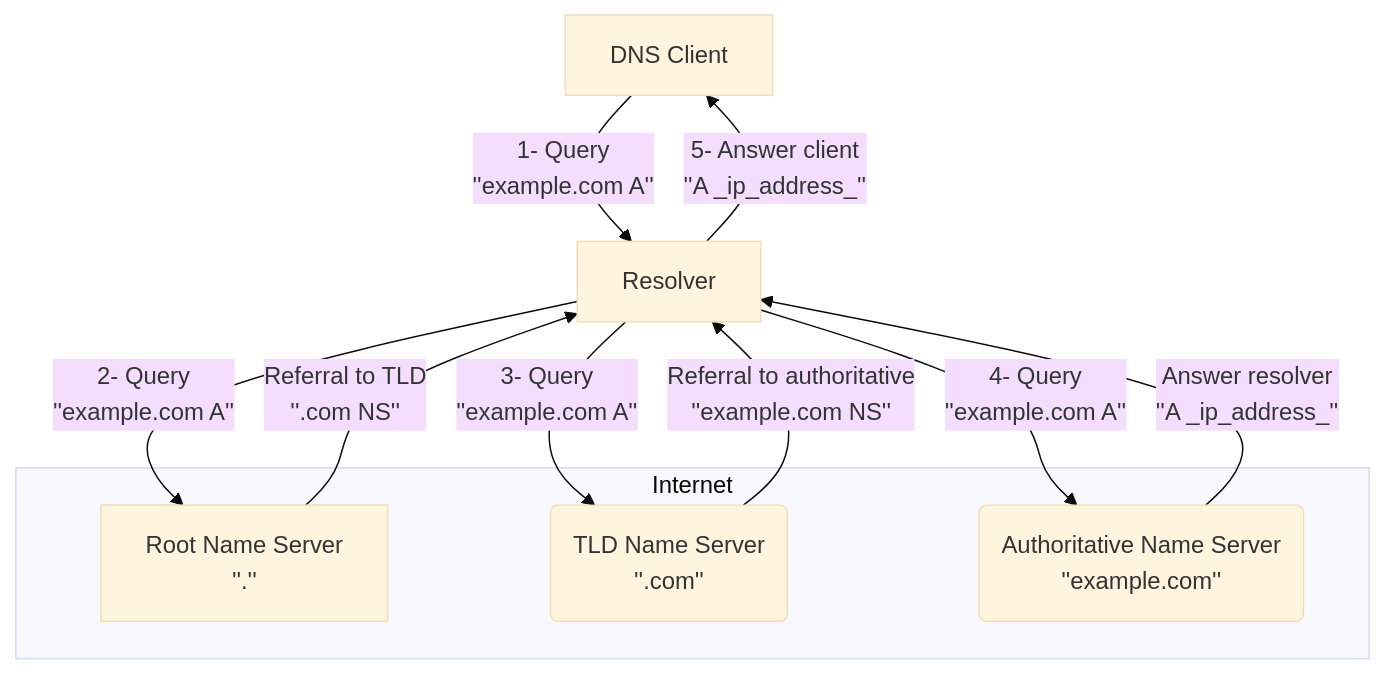
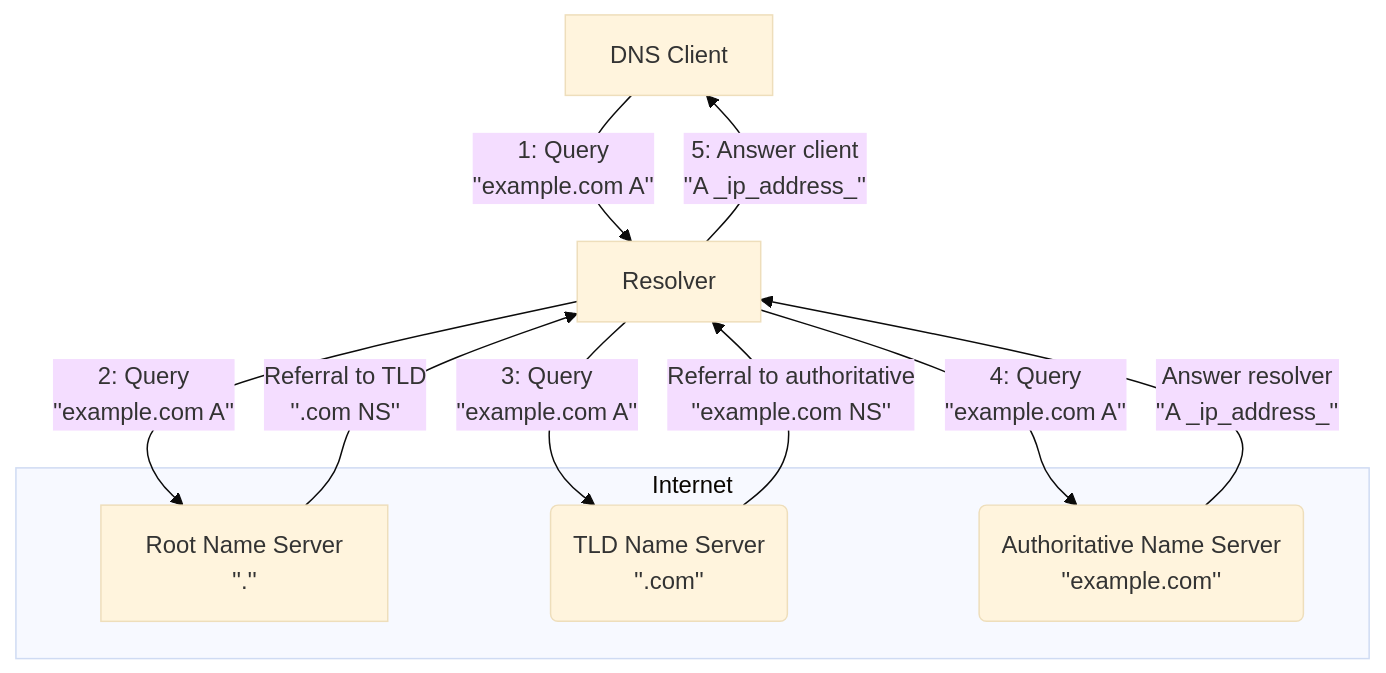
The second of 2 diagrams in report.md (luigiminardim/UnB-FinalProject-DnsOverBitcoin), drawn with Mermaid (base theme) before and after one commit. The commit also changed other lines of this file, not shown here.

````diff
--- a/report.md
+++ b/report.md
@@ -195,17 +195,17 @@
 ```mermaid
 graph TD
-    DnsClient[DNS Client] -->|1- Query<br>''example.com A''| Resolver[Resolver];
-    Resolver -->|2- Query<br>''example.com A''| Root[Root Name Server<br>''.''];
+    DnsClient[DNS Client] -->|1: Query<br>''example.com A''| Resolver[Resolver];
+    Resolver -->|2: Query<br>''example.com A''| Root[Root Name Server<br>''.''];
     Root -->|Referral to TLD<br>''.com NS''| Resolver;
-    Resolver -->|3- Query<br>''example.com A''| TLD(TLD Name Server<br> ''.com'');
+    Resolver -->|3: Query<br>''example.com A''| TLD(TLD Name Server<br> ''.com'');
     TLD -->|Referral to authoritative<br>''example.com NS''| Resolver;
-    Resolver -->|4- Query<br>''example.com A''| Authoritative(Authoritative Name Server <br>''example.com'');
+    Resolver -->|4: Query<br>''example.com A''| Authoritative(Authoritative Name Server <br>''example.com'');
     Authoritative -->|Answer resolver<br>''A _ip_address_''| Resolver;
-    Resolver -->|5- Answer client<br>''A _ip_address_''| DnsClient;
+    Resolver -->|5: Answer client<br>''A _ip_address_''| DnsClient;
 
     subgraph Internet
         Root
         TLD
         Authoritative
     end
 ```
````
